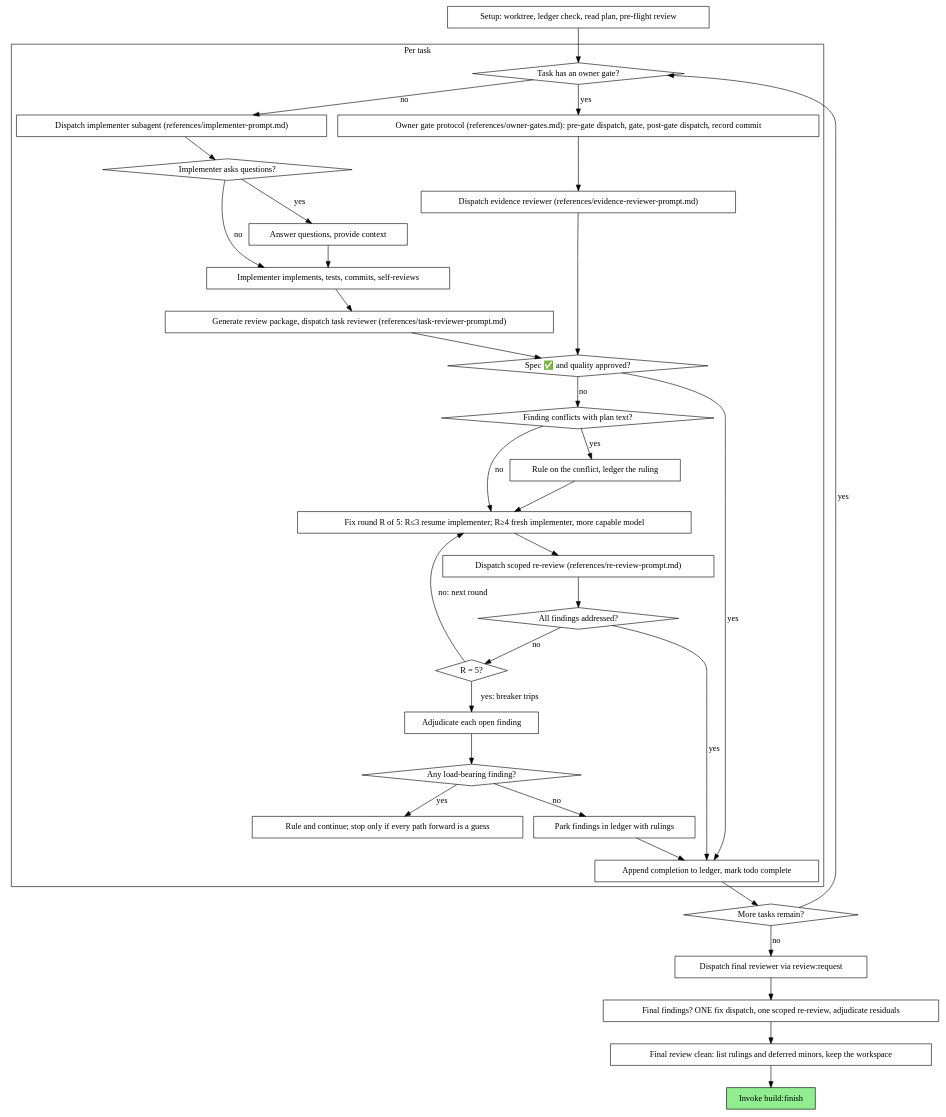
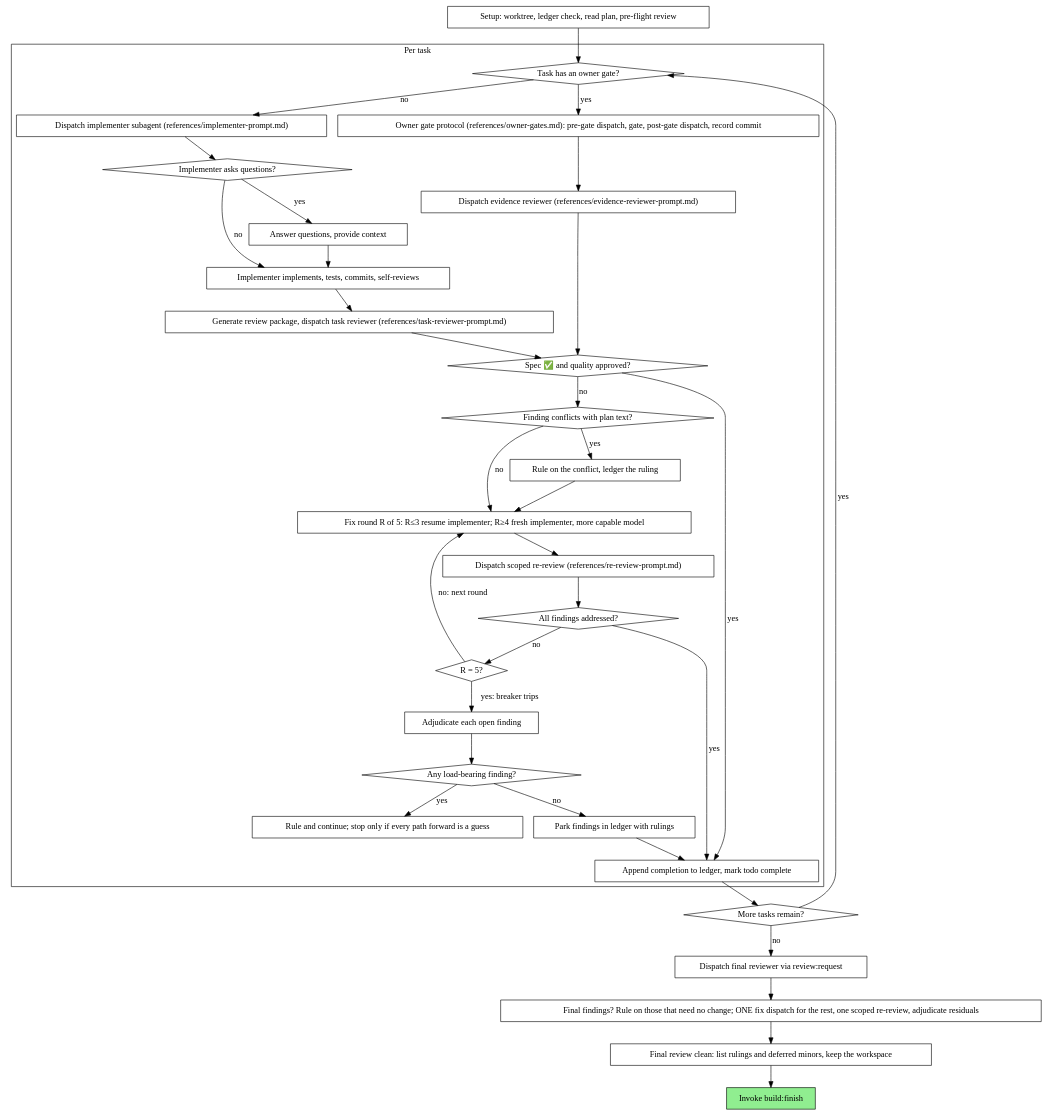
One commit to lyngon/devkit changed the second of 2 diagrams in plugins/build/skills/delegate/SKILL.md. Above: the diagram before and after it, drawn with Graphviz. The commit also changed other lines of this file and 9 other files, not shown here.

First line of the commit message:
fix(build): tidy the last owner gate review's minors

````diff
--- a/plugins/build/skills/delegate/SKILL.md
+++ b/plugins/build/skills/delegate/SKILL.md
@@ -70,69 +70,69 @@
 ```dot
 digraph process {
     rankdir=TB;
 
     subgraph cluster_per_task {
         label="Per task";
         "Dispatch implementer subagent (references/implementer-prompt.md)" [shape=box];
         "Implementer asks questions?" [shape=diamond];
         "Answer questions, provide context" [shape=box];
         "Implementer implements, tests, commits, self-reviews" [shape=box];
         "Generate review package, dispatch task reviewer (references/task-reviewer-prompt.md)" [shape=box];
         "Spec ✅ and quality approved?" [shape=diamond];
         "Finding conflicts with plan text?" [shape=diamond];
         "Rule on the conflict, ledger the ruling" [shape=box];
         "Fix round R of 5: R≤3 resume implementer; R≥4 fresh implementer, more capable model" [shape=box];
         "Dispatch scoped re-review (references/re-review-prompt.md)" [shape=box];
         "All findings addressed?" [shape=diamond];
         "R = 5?" [shape=diamond];
         "Adjudicate each open finding" [shape=box];
         "Any load-bearing finding?" [shape=diamond];
         "Rule and continue; stop only if every path forward is a guess" [shape=box];
         "Park findings in ledger with rulings" [shape=box];
         "Append completion to ledger, mark todo complete" [shape=box];
         "Task has an owner gate?" [shape=diamond];
         "Owner gate protocol (references/owner-gates.md): pre-gate dispatch, gate, post-gate dispatch, record commit" [shape=box];
         "Dispatch evidence reviewer (references/evidence-reviewer-prompt.md)" [shape=box];
     }
 
     "Setup: worktree, ledger check, read plan, pre-flight review" [shape=box];
     "More tasks remain?" [shape=diamond];
     "Dispatch final reviewer via review:request" [shape=box];
-    "Final findings? ONE fix dispatch, one scoped re-review, adjudicate residuals" [shape=box];
+    "Final findings? Rule on those that need no change; ONE fix dispatch for the rest, one scoped re-review, adjudicate residuals" [shape=box];
     "Final review clean: list rulings and deferred minors, keep the workspace" [shape=box];
     "Invoke build:finish" [shape=box style=filled fillcolor=lightgreen];
 
     "Setup: worktree, ledger check, read plan, pre-flight review" -> "Task has an owner gate?";
     "Task has an owner gate?" -> "Dispatch implementer subagent (references/implementer-prompt.md)" [label="no"];
     "Task has an owner gate?" -> "Owner gate protocol (references/owner-gates.md): pre-gate dispatch, gate, post-gate dispatch, record commit" [label="yes"];
     "Owner gate protocol (references/owner-gates.md): pre-gate dispatch, gate, post-gate dispatch, record commit" -> "Dispatch evidence reviewer (references/evidence-reviewer-prompt.md)";
     "Dispatch evidence reviewer (references/evidence-reviewer-prompt.md)" -> "Spec ✅ and quality approved?";
     "Dispatch implementer subagent (references/implementer-prompt.md)" -> "Implementer asks questions?";
     "Implementer asks questions?" -> "Answer questions, provide context" [label="yes"];
     "Answer questions, provide context" -> "Implementer implements, tests, commits, self-reviews";
     "Implementer asks questions?" -> "Implementer implements, tests, commits, self-reviews" [label="no"];
     "Implementer implements, tests, commits, self-reviews" -> "Generate review package, dispatch task reviewer (references/task-reviewer-prompt.md)";
     "Generate review package, dispatch task reviewer (references/task-reviewer-prompt.md)" -> "Spec ✅ and quality approved?";
     "Spec ✅ and quality approved?" -> "Append completion to ledger, mark todo complete" [label="yes"];
     "Spec ✅ and quality approved?" -> "Finding conflicts with plan text?" [label="no"];
     "Finding conflicts with plan text?" -> "Rule on the conflict, ledger the ruling" [label="yes"];
     "Rule on the conflict, ledger the ruling" -> "Fix round R of 5: R≤3 resume implementer; R≥4 fresh implementer, more capable model";
     "Finding conflicts with plan text?" -> "Fix round R of 5: R≤3 resume implementer; R≥4 fresh implementer, more capable model" [label="no"];
     "Fix round R of 5: R≤3 resume implementer; R≥4 fresh implementer, more capable model" -> "Dispatch scoped re-review (references/re-review-prompt.md)";
     "Dispatch scoped re-review (references/re-review-prompt.md)" -> "All findings addressed?";
     "All findings addressed?" -> "Append completion to ledger, mark todo complete" [label="yes"];
     "All findings addressed?" -> "R = 5?" [label="no"];
     "R = 5?" -> "Fix round R of 5: R≤3 resume implementer; R≥4 fresh implementer, more capable model" [label="no: next round"];
     "R = 5?" -> "Adjudicate each open finding" [label="yes: breaker trips"];
     "Adjudicate each open finding" -> "Any load-bearing finding?";
     "Any load-bearing finding?" -> "Rule and continue; stop only if every path forward is a guess" [label="yes"];
     "Any load-bearing finding?" -> "Park findings in ledger with rulings" [label="no"];
     "Park findings in ledger with rulings" -> "Append completion to ledger, mark todo complete";
     "Append completion to ledger, mark todo complete" -> "More tasks remain?";
     "More tasks remain?" -> "Task has an owner gate?" [label="yes"];
     "More tasks remain?" -> "Dispatch final reviewer via review:request" [label="no"];
-    "Dispatch final reviewer via review:request" -> "Final findings? ONE fix dispatch, one scoped re-review, adjudicate residuals";
-    "Final findings? ONE fix dispatch, one scoped re-review, adjudicate residuals" -> "Final review clean: list rulings and deferred minors, keep the workspace";
+    "Dispatch final reviewer via review:request" -> "Final findings? Rule on those that need no change; ONE fix dispatch for the rest, one scoped re-review, adjudicate residuals";
+    "Final findings? Rule on those that need no change; ONE fix dispatch for the rest, one scoped re-review, adjudicate residuals" -> "Final review clean: list rulings and deferred minors, keep the workspace";
     "Final review clean: list rulings and deferred minors, keep the workspace" -> "Invoke build:finish";
 }
 ```
````
